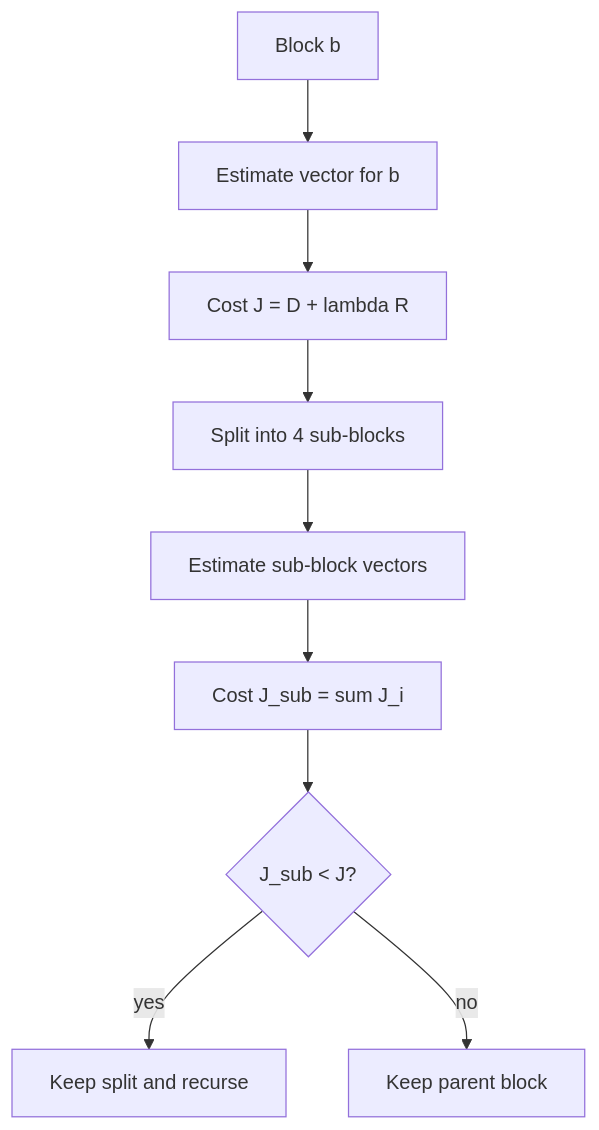
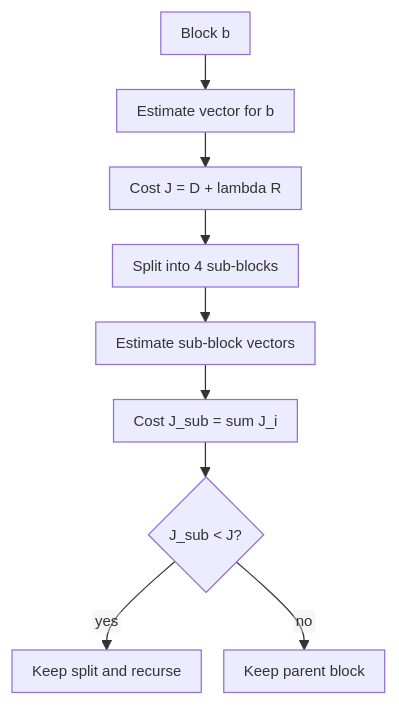
One commit to alessandro-vulcu-code/ICT2025 changed diagram 16 of 31 in First Year/Second Semester/Multimedia Communications/Summaries/Multimedia Communications - Complete Notes.md. Above: the diagram before and after it, drawn with Mermaid. The commit also changed other lines of this file and 582 other files, not shown here.

````diff
--- a/First Year/Second Semester/Multimedia Communications/Summaries/Multimedia Communications - Complete Notes.md
+++ b/First Year/Second Semester/Multimedia Communications/Summaries/Multimedia Communications - Complete Notes.md
@@ -4388,11 +4355,12 @@
 ```mermaid
+%%{init: {"flowchart": {"useMaxWidth": true, "htmlLabels": false, "nodeSpacing": 18, "rankSpacing": 28, "padding": 8}, "themeVariables": {"fontSize": "12px"}}}%%
 flowchart TD
-    A[Block b] --> B[Estimate vector for b]
-    B --> C[Cost J = D + lambda R]
-    C --> D[Split into 4 sub-blocks]
-    D --> E[Estimate sub-block vectors]
-    E --> F[Cost J_sub = sum J_i]
-    F --> G{J_sub < J?}
-    G -- yes --> H[Keep split and recurse]
-    G -- no --> I[Keep parent block]
+    A["Block b"] --> B["Estimate vector for b"]
+    B --> C["Cost J = D + lambda R"]
+    C --> D["Split into 4 sub-blocks"]
+    D --> E["Estimate sub-block vectors"]
+    E --> F["Cost J_sub = sum J_i"]
+    F --> G{"J_sub < J?"}
+    G -->|yes| H["Keep split and recurse"]
+    G -->|no| I["Keep parent block"]
 ```
````
